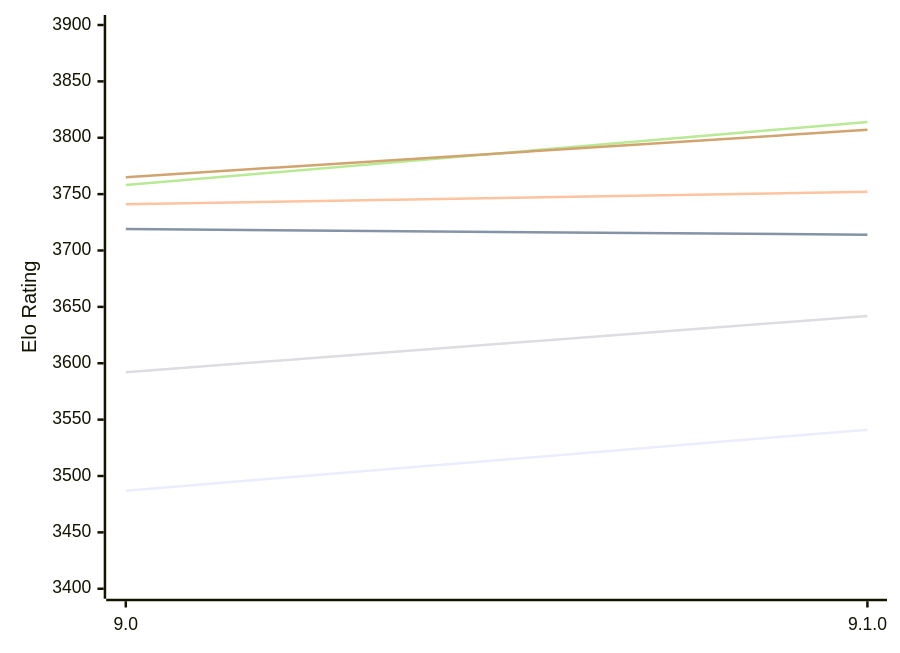
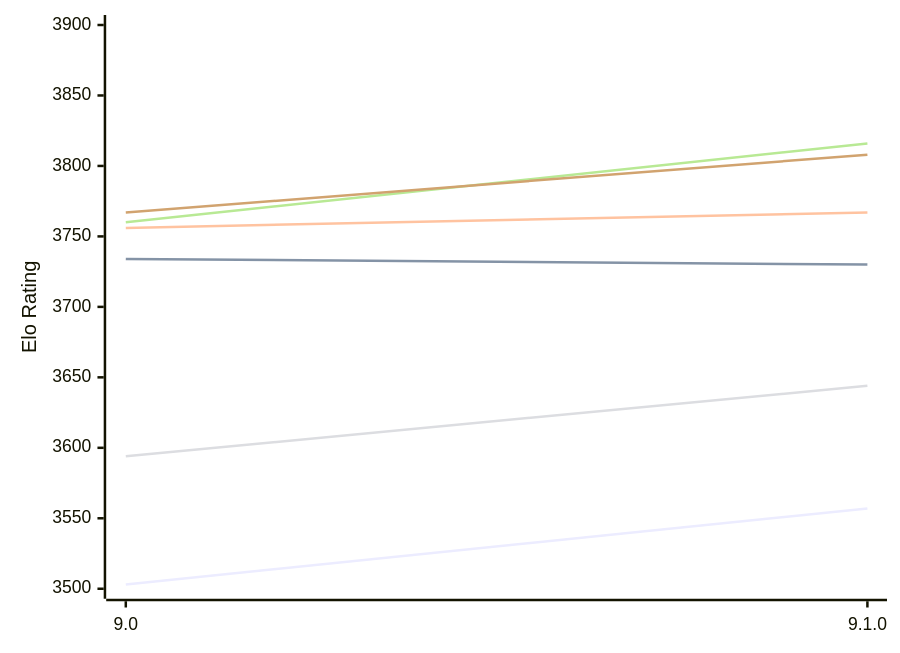
The first of 2 diagrams in engines/Alexandria.md (computer-chess-index/cci), drawn with Mermaid before and after one commit. The commit also changed other lines of this file, not shown here.

Commit message:
Update CCI Ratings (ELO VLTC) - 2026-11-11

````diff
--- a/engines/Alexandria.md
+++ b/engines/Alexandria.md
@@ -54,12 +54,12 @@
 ```mermaid
 %%{init: {"theme":"base","themeVariables":{"seriesColors:['#a3a3a3','#222221','#faa371']}}}%%
 xychart-beta
   x-axis ["9.0", "9.1.0"]
-  y-axis "Elo Rating" 3400 --> 3900
-  line "E1: STC (8.0+0.08s)" [3487, 3541]
-  line "E1: LTC (60.0+0.60s)" [3719, 3714]
-  line "E1: VLTC (2m24s+1.12s)" [3741, 3752]
-  line "P1: STC (8.0+0.08s)" [3592, 3642]
-  line "P1: LTC (60.0+0.60s)" [3758, 3814]
-  line "P1: VLTC (2m24s+1.12s)" [3765, 3807]
+  y-axis "Elo Rating" 3500 --> 3900
+  line "E1: STC (8.0+0.08s)" [3503, 3557]
+  line "E1: LTC (60.0+0.60s)" [3734, 3730]
+  line "E1: VLTC (2m24s+1.12s)" [3756, 3767]
+  line "P1: STC (8.0+0.08s)" [3594, 3644]
+  line "P1: LTC (60.0+0.60s)" [3760, 3816]
+  line "P1: VLTC (2m24s+1.12s)" [3767, 3808]
 ```
````
